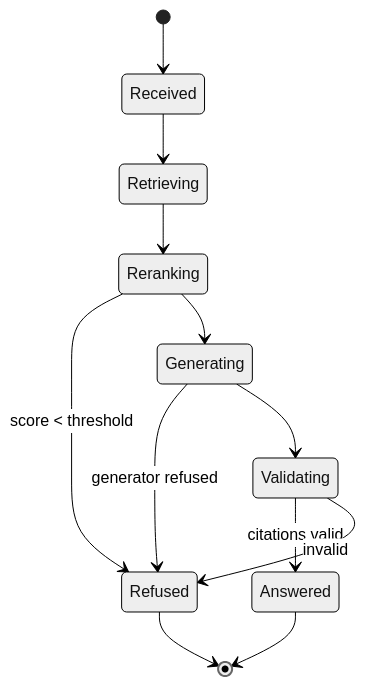
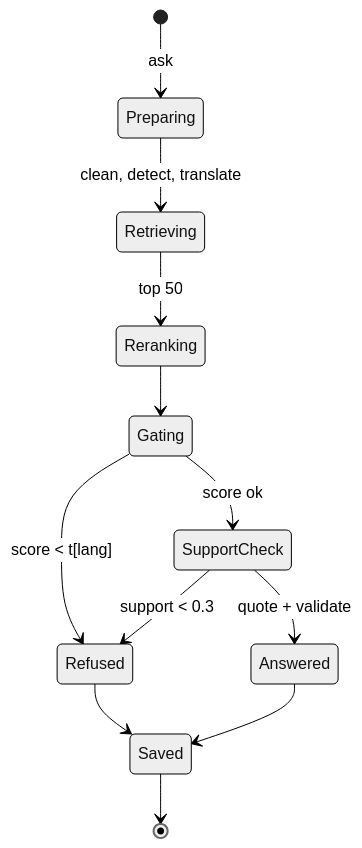
The seventh of 9 diagrams in docs/ARCHITECTURE.md (IgorCSIS/scripture-rag), drawn with Mermaid (neutral theme) before and after one commit. The commit also changed other lines of this file and 5 other files, not shown here.

Commit message:
README and ARCHITECTURE match the final extractive pipeline: two gates, translation, verse chunks, parity; descriptive alt text; fresh screenshots

````diff
--- a/docs/ARCHITECTURE.md
+++ b/docs/ARCHITECTURE.md
@@ -137,14 +140,14 @@
 ```mermaid
 stateDiagram-v2
-  [*] --> Received
-  Received --> Retrieving
-  Retrieving --> Reranking
-  Reranking --> Refused: score < threshold
-  Reranking --> Generating
-  Generating --> Refused: generator refused
-  Generating --> Validating
-  Validating --> Answered: citations valid
-  Validating --> Refused: invalid
-  Answered --> [*]
-  Refused --> [*]
+  [*] --> Preparing: ask
+  Preparing --> Retrieving: clean, detect, translate
+  Retrieving --> Reranking: top 50
+  Reranking --> Gating
+  Gating --> Refused: score < t[lang]
+  Gating --> SupportCheck: score ok
+  SupportCheck --> Refused: support < 0.3
+  SupportCheck --> Answered: quote + validate
+  Answered --> Saved
+  Refused --> Saved
+  Saved --> [*]
 ```
````
